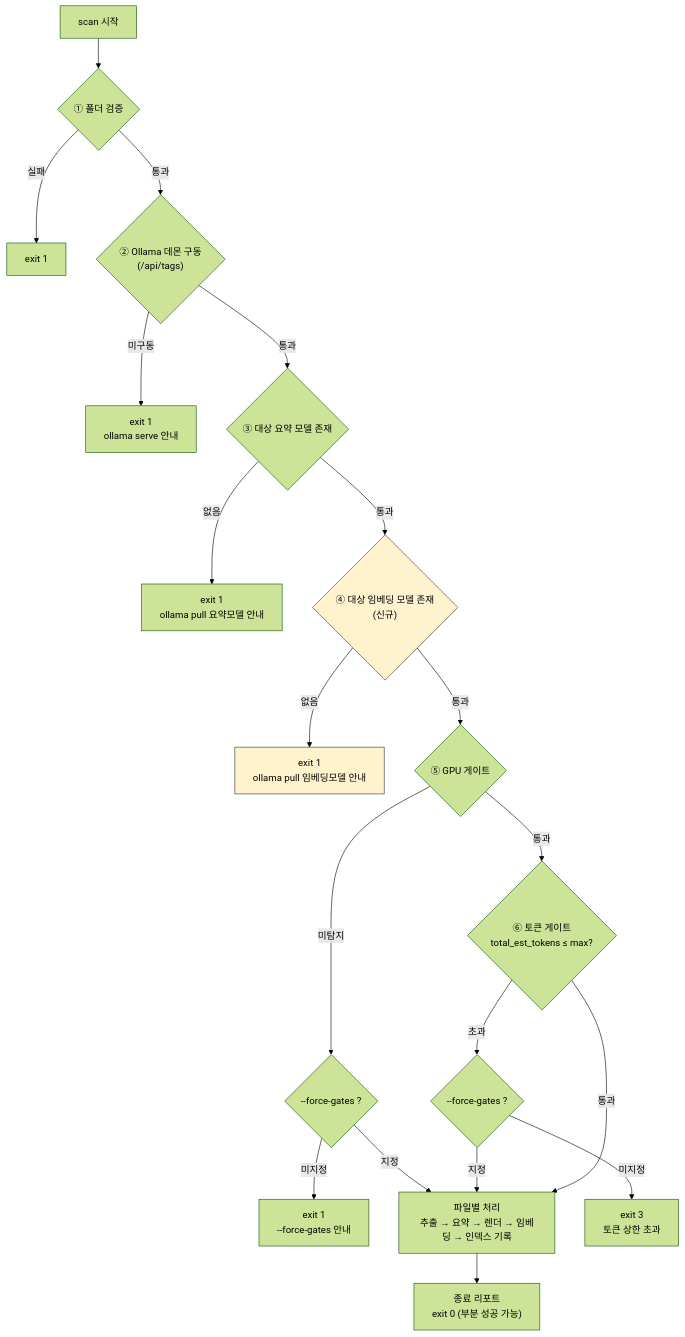
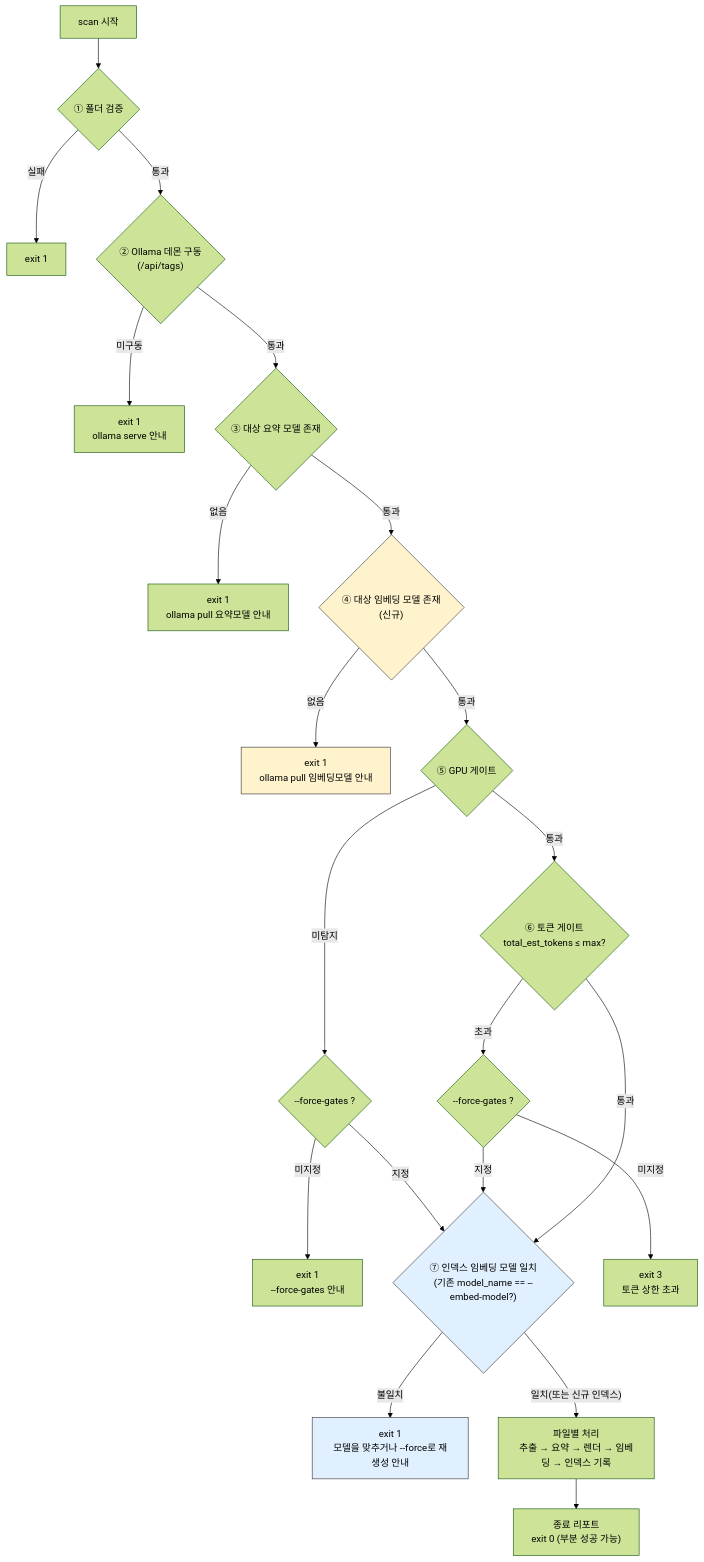
The diagram in static/docs/specs/features/corpbrain-v0.4-vector-index-and-search.md (graybat21/CorpBrain-app-01), drawn with Mermaid (forest theme) before and after one commit. The commit also changed other lines of this file and 2 other files, not shown here.

Commit message:
v0.4(spec): /spec-check 드리프트 1·2 반영
- §4.3 어댑터 인터페이스 계약을 실제 VectorStore Protocol(6메서드+model_name
  속성: upsert/delete/search/list_ids/set_model_name/close)과 일치하도록 갱신
  (기존 텍스트는 3메서드+속성 하나로 서술되어 있었음)
- §3에 항목13(인덱스 임베딩 모델 불일치 시 scan 거부) 신규 추가, §4.2 프리플라이트
  다이어그램에 ⑦ 관문 반영, §4.3·§5에 대응 설명 추가 — /code-review에서 발견되어
  구현·테스트는 이미 존재했으나 스펙 문서에 누락되어 있던 동작을 문서화
- 코드 주석(pipeline.py) 및 테스트 docstring의 스펙 항목 참조를 새 번호(§3 항목13)로 갱신

````diff
--- a/static/docs/specs/features/corpbrain-v0.4-vector-index-and-search.md
+++ b/static/docs/specs/features/corpbrain-v0.4-vector-index-and-search.md
@@ -76,24 +78,28 @@
 ```mermaid
 flowchart TD
     A["scan 시작"] --> B{"① 폴더 검증"}
     B -- 실패 --> B1["exit 1"]
     B -- 통과 --> C{"② Ollama 데몬 구동\n(/api/tags)"}
     C -- 미구동 --> C1["exit 1\nollama serve 안내"]
     C -- 통과 --> D{"③ 대상 요약 모델 존재"}
     D -- 없음 --> D1["exit 1\nollama pull 요약모델 안내"]
     D -- 통과 --> E{"④ 대상 임베딩 모델 존재\n(신규)"}
     E -- 없음 --> E1["exit 1\nollama pull 임베딩모델 안내"]
     E -- 통과 --> F{"⑤ GPU 게이트"}
     F -- 미탐지 --> F2{"--force-gates ?"}
     F2 -- 미지정 --> F1["exit 1\n--force-gates 안내"]
-    F2 -- 지정 --> H
+    F2 -- 지정 --> K{"⑦ 인덱스 임베딩 모델 일치\n(기존 model_name == --embed-model?)"}
     F -- 통과 --> G{"⑥ 토큰 게이트\ntotal_est_tokens ≤ max?"}
     G -- 초과 --> G2{"--force-gates ?"}
     G2 -- 미지정 --> G1["exit 3\n토큰 상한 초과"]
-    G2 -- 지정 --> H
-    G -- 통과 --> H["파일별 처리\n추출 → 요약 → 렌더 → 임베딩 → 인덱스 기록"]
+    G2 -- 지정 --> K
+    G -- 통과 --> K
+    K -- 불일치 --> K1["exit 1\n모델을 맞추거나 --force로 재생성 안내"]
+    K -- 일치(또는 신규 인덱스) --> H["파일별 처리\n추출 → 요약 → 렌더 → 임베딩 → 인덱스 기록"]
     H --> I["종료 리포트\nexit 0 (부분 성공 가능)"]
 
     style E fill:#fff3cd,stroke:#333
     style E1 fill:#fff3cd,stroke:#333
+    style K fill:#e0f0ff,stroke:#333
+    style K1 fill:#e0f0ff,stroke:#333
 ```
````
